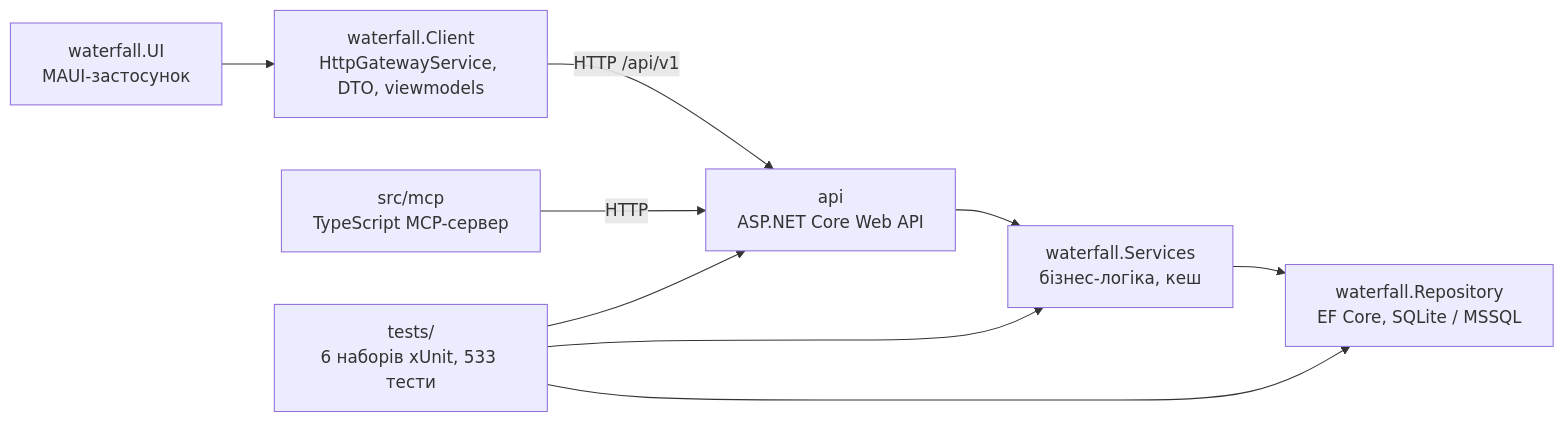
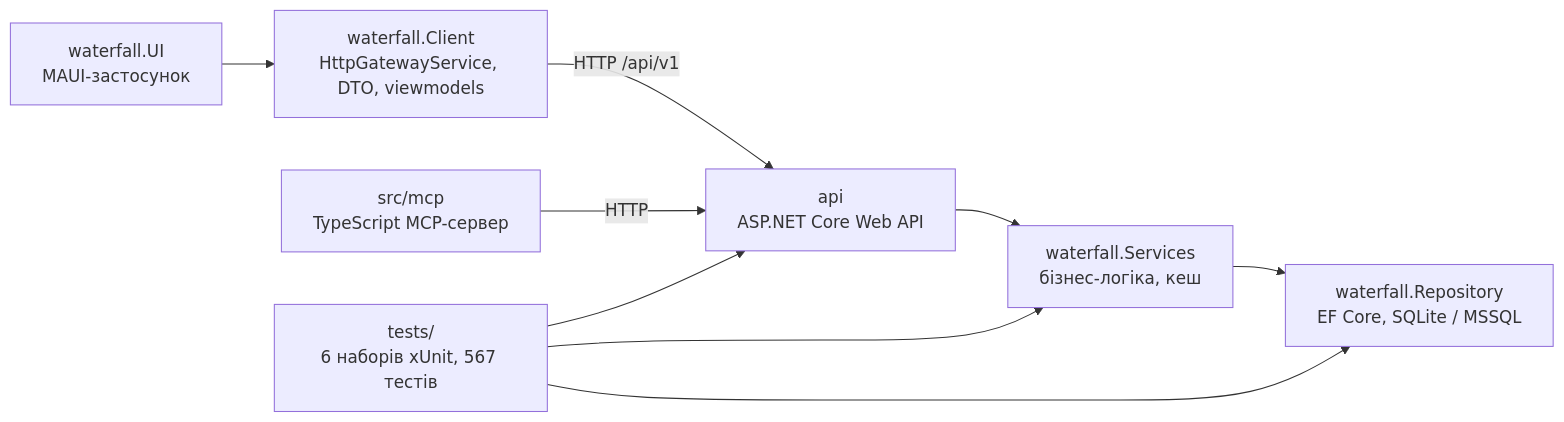
One commit to ukma-fin-ssdm-2026/waterfall changed the diagram in docs/code-quality/progress.md. Above: the diagram before and after it, drawn with Mermaid. The commit also changed other lines of this file and 2 other files, not shown here.

````diff
--- a/docs/code-quality/progress.md
+++ b/docs/code-quality/progress.md
@@ -7,11 +7,11 @@
 ```mermaid
 graph LR
   UI["waterfall.UI<br/>MAUI-застосунок"] --> Client["waterfall.Client<br/>HttpGatewayService, DTO, viewmodels"]
   Client -- "HTTP /api/v1" --> Api["api<br/>ASP.NET Core Web API"]
   Api --> Services["waterfall.Services<br/>бізнес-логіка, кеш"]
   Services --> Repo["waterfall.Repository<br/>EF Core, SQLite / MSSQL"]
   Mcp["src/mcp<br/>TypeScript MCP-сервер"] -- "HTTP" --> Api
-  Tests["tests/<br/>6 наборів xUnit, 533 тести"] --> Api
+  Tests["tests/<br/>6 наборів xUnit, 567 тестів"] --> Api
   Tests --> Services
   Tests --> Repo
 ```
````
